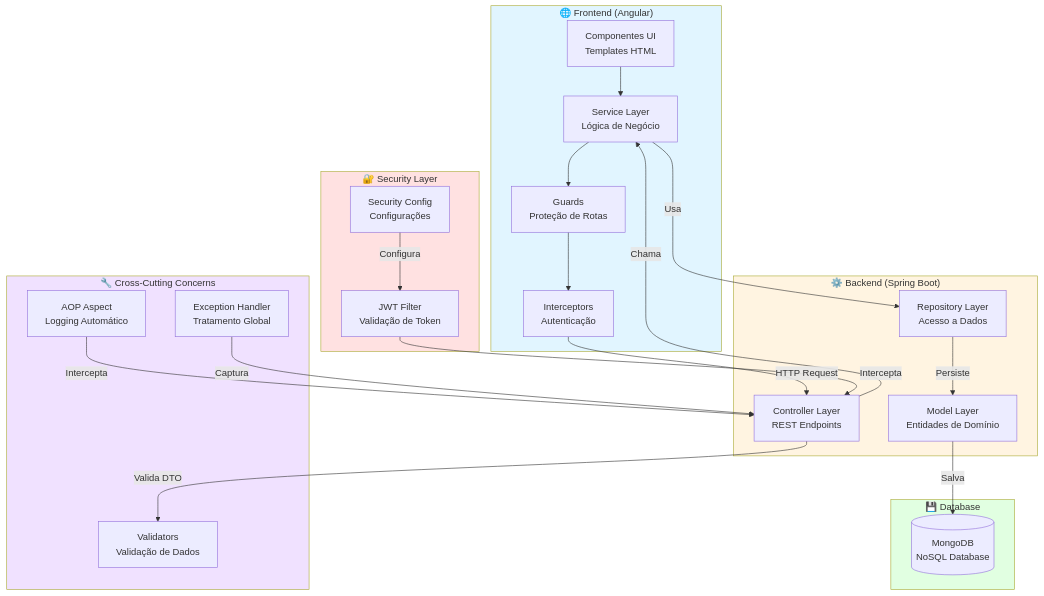
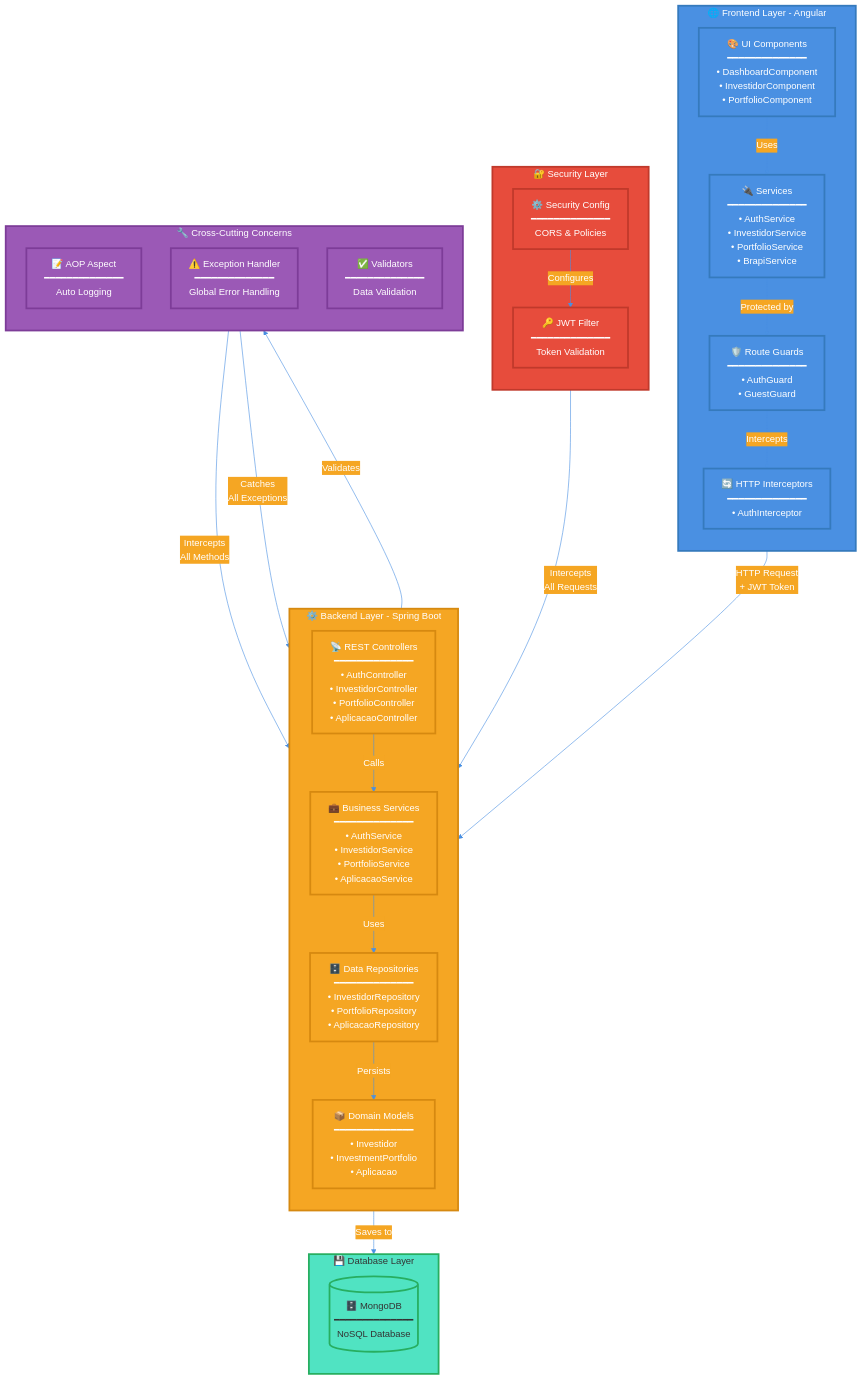
Before and after one commit to caiohrmm/TCC-BartoFinance: the first of 20 diagrams in DOCUMENTACAO_ARQUITETURA_CAMADAS.md, drawn with Mermaid. The commit also changed other lines of this file, not shown here.

````diff
--- a/DOCUMENTACAO_ARQUITETURA_CAMADAS.md
+++ b/DOCUMENTACAO_ARQUITETURA_CAMADAS.md
@@ -35,54 +35,66 @@
 ```mermaid
+%%{init: {'theme':'base', 'themeVariables': { 'primaryColor':'#4A90E2','primaryTextColor':'#fff','primaryBorderColor':'#357ABD','lineColor':'#4A90E2','secondaryColor':'#F5A623','tertiaryColor':'#50E3C2','background':'#ffffff','mainBkg':'#E8F4F8','textColor':'#333'}}}%%
 graph TB
-    subgraph Frontend["🌐 Frontend (Angular)"]
-        UI[Componentes UI<br/>Templates HTML]
-        Services[Services<br/>HTTP Clients]
-        Guards[Guards<br/>Proteção de Rotas]
-        Interceptors[Interceptors<br/>Autenticação]
+    subgraph Frontend["🌐 Frontend Layer - Angular"]
+        direction TB
+        UI["🎨 UI Components<br/>━━━━━━━━━━━━━━<br/>• DashboardComponent<br/>• InvestidorComponent<br/>• PortfolioComponent"]
+        Services["🔌 Services<br/>━━━━━━━━━━━━━━<br/>• AuthService<br/>• InvestidorService<br/>• PortfolioService<br/>• BrapiService"]
+        Guards["🛡️ Route Guards<br/>━━━━━━━━━━━━━━<br/>• AuthGuard<br/>• GuestGuard"]
+        Interceptors["🔄 HTTP Interceptors<br/>━━━━━━━━━━━━━━<br/>• AuthInterceptor"]
     end
     
-    subgraph Backend["⚙️ Backend (Spring Boot)"]
-        Controllers[Controller Layer<br/>REST Endpoints]
-        Services[Service Layer<br/>Lógica de Negócio]
-        Repositories[Repository Layer<br/>Acesso a Dados]
-        Models[Model Layer<br/>Entidades de Domínio]
+    subgraph Backend["⚙️ Backend Layer - Spring Boot"]
+        direction TB
+        Controllers["📡 REST Controllers<br/>━━━━━━━━━━━━━━<br/>• AuthController<br/>• InvestidorController<br/>• PortfolioController<br/>• AplicacaoController"]
+        ServicesBackend["💼 Business Services<br/>━━━━━━━━━━━━━━<br/>• AuthService<br/>• InvestidorService<br/>• PortfolioService<br/>• AplicacaoService"]
+        Repositories["🗄️ Data Repositories<br/>━━━━━━━━━━━━━━<br/>• InvestidorRepository<br/>• PortfolioRepository<br/>• AplicacaoRepository"]
+        Models["📦 Domain Models<br/>━━━━━━━━━━━━━━<br/>• Investidor<br/>• InvestmentPortfolio<br/>• Aplicacao"]
     end
     
     subgraph Security["🔐 Security Layer"]
-        JWTFilter[JWT Filter<br/>Validação de Token]
-        SecurityConfig[Security Config<br/>Configurações]
+        direction TB
+        JWTFilter["🔑 JWT Filter<br/>━━━━━━━━━━━━━━<br/>Token Validation"]
+        SecurityConfig["⚙️ Security Config<br/>━━━━━━━━━━━━━━<br/>CORS & Policies"]
     end
     
     subgraph CrossCutting["🔧 Cross-Cutting Concerns"]
-        AOP[AOP Aspect<br/>Logging Automático]
-        ExceptionHandler[Exception Handler<br/>Tratamento Global]
-        Validators[Validators<br/>Validação de Dados]
+        direction TB
+        AOP["📝 AOP Aspect<br/>━━━━━━━━━━━━━━<br/>Auto Logging"]
+        ExceptionHandler["⚠️ Exception Handler<br/>━━━━━━━━━━━━━━<br/>Global Error Handling"]
+        Validators["✅ Validators<br/>━━━━━━━━━━━━━━<br/>Data Validation"]
     end
     
-    subgraph Database["💾 Database"]
-        MongoDB[(MongoDB<br/>NoSQL Database)]
+    subgraph Database["💾 Database Layer"]
+        direction TB
+        MongoDB[("🗄️ MongoDB<br/>━━━━━━━━━━━━━━<br/>NoSQL Database")]
     end
     
-    UI --> Services
-    Services --> Guards
-    Guards --> Interceptors
-    Interceptors -->|HTTP Request| Controllers
+    UI -->|"Uses"| Services
+    Services -->|"Protected by"| Guards
+    Guards -->|"Intercepts"| Interceptors
+    Interceptors -->|"HTTP Request<br/>+ JWT Token"| Controllers
     
-    Controllers -->|Valida DTO| Validators
-    Controllers -->|Chama| Services
-    Services -->|Usa| Repositories
-    Repositories -->|Persiste| Models
-    Models -->|Salva| MongoDB
+    Controllers -->|"Validates"| Validators
+    Controllers -->|"Calls"| ServicesBackend
+    ServicesBackend -->|"Uses"| Repositories
+    Repositories -->|"Persists"| Models
+    Models -->|"Saves to"| MongoDB
     
-    JWTFilter -->|Intercepta| Controllers
-    SecurityConfig -->|Configura| JWTFilter
+    JWTFilter -->|"Intercepts<br/>All Requests"| Controllers
+    SecurityConfig -->|"Configures"| JWTFilter
     
-    AOP -->|Intercepta| Controllers
-    ExceptionHandler -->|Captura| Controllers
+    AOP -->|"Intercepts<br/>All Methods"| Controllers
+    ExceptionHandler -->|"Catches<br/>All Exceptions"| Controllers
     
-    style Frontend fill:#e1f5ff
-    style Backend fill:#fff4e1
-    style Security fill:#ffe1e1
-    style CrossCutting fill:#f0e1ff
-    style Database fill:#e1ffe1
+    classDef frontendStyle fill:#4A90E2,stroke:#357ABD,stroke-width:3px,color:#fff
+    classDef backendStyle fill:#F5A623,stroke:#D68910,stroke-width:3px,color:#fff
+    classDef securityStyle fill:#E74C3C,stroke:#C0392B,stroke-width:3px,color:#fff
+    classDef crossCuttingStyle fill:#9B59B6,stroke:#7D3C98,stroke-width:3px,color:#fff
+    classDef databaseStyle fill:#50E3C2,stroke:#27AE60,stroke-width:3px,color:#333
+    
+    class Frontend,UI,Services,Guards,Interceptors frontendStyle
+    class Backend,Controllers,ServicesBackend,Repositories,Models backendStyle
+    class Security,JWTFilter,SecurityConfig securityStyle
+    class CrossCutting,AOP,ExceptionHandler,Validators crossCuttingStyle
+    class Database,MongoDB databaseStyle
 ```
````
